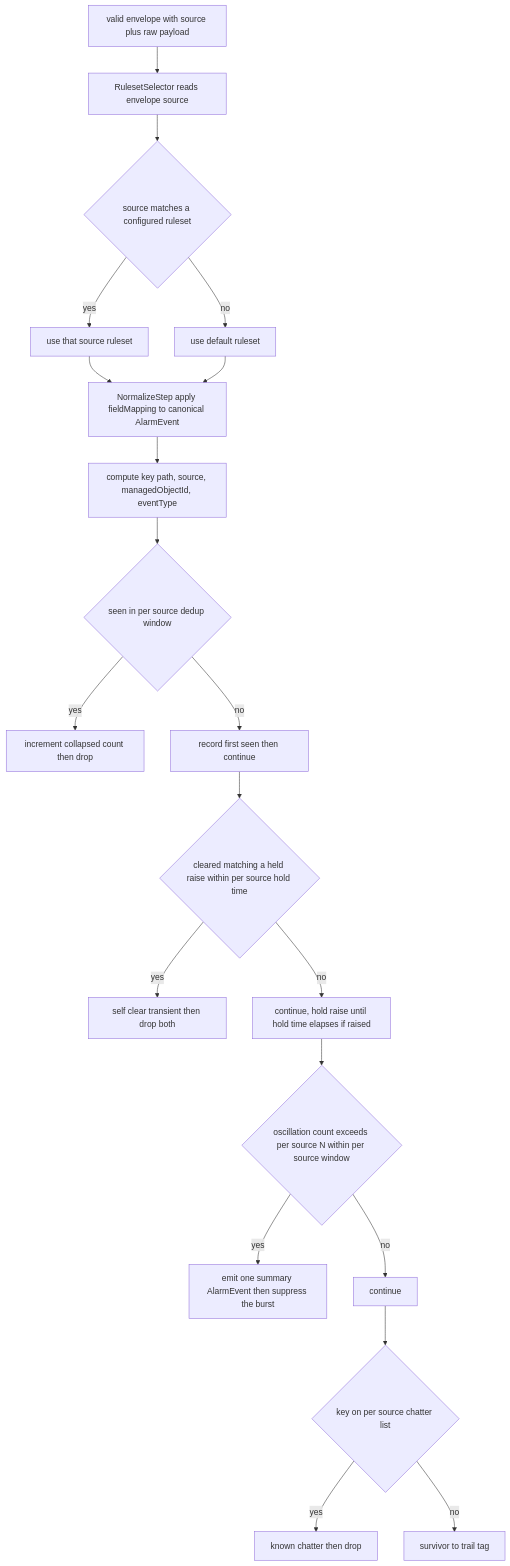
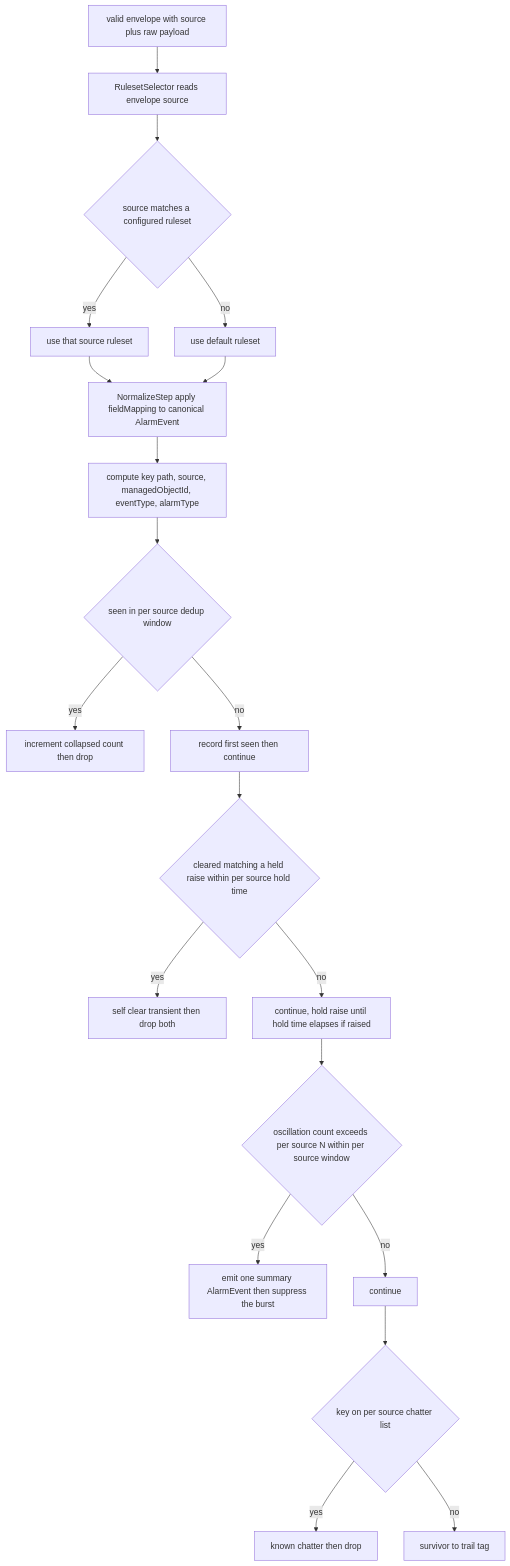
Before and after one commit to nikhilmohan/correlation-platform: the ninth of 9 diagrams in services/enrichment/design.md, drawn with Mermaid. The commit also changed other lines of this file and 6 other files, not shown here.

````diff
--- a/services/enrichment/design.md
+++ b/services/enrichment/design.md
@@ -852,22 +873,22 @@
 ```mermaid
 flowchart TD
   IN["valid envelope with source plus raw payload"] --> SEL["RulesetSelector reads envelope source"]
   SEL --> MATCH{"source matches a configured ruleset"}
   MATCH -->|yes| RS["use that source ruleset"]
   MATCH -->|no| DEF["use default ruleset"]
   RS --> NORM["NormalizeStep apply fieldMapping to canonical AlarmEvent"]
   DEF --> NORM
-  NORM --> KEY["compute key path, source, managedObjectId, eventType"]
+  NORM --> KEY["compute key path, source, managedObjectId, eventType, alarmType"]
   KEY --> DUP{"seen in per source dedup window"}
   DUP -->|yes| DUPC["increment collapsed count then drop"]
   DUP -->|no| DUPN["record first seen then continue"]
   DUPN --> SC{"cleared matching a held raise within per source hold time"}
   SC -->|yes| SCD["self clear transient then drop both"]
   SC -->|no| SCN["continue, hold raise until hold time elapses if raised"]
   SCN --> FL{"oscillation count exceeds per source N within per source window"}
   FL -->|yes| FLS["emit one summary AlarmEvent then suppress the burst"]
   FL -->|no| FLN["continue"]
   FLN --> CH{"key on per source chatter list"}
   CH -->|yes| CHD["known chatter then drop"]
   CH -->|no| SURV["survivor to trail tag"]
 ```
````
